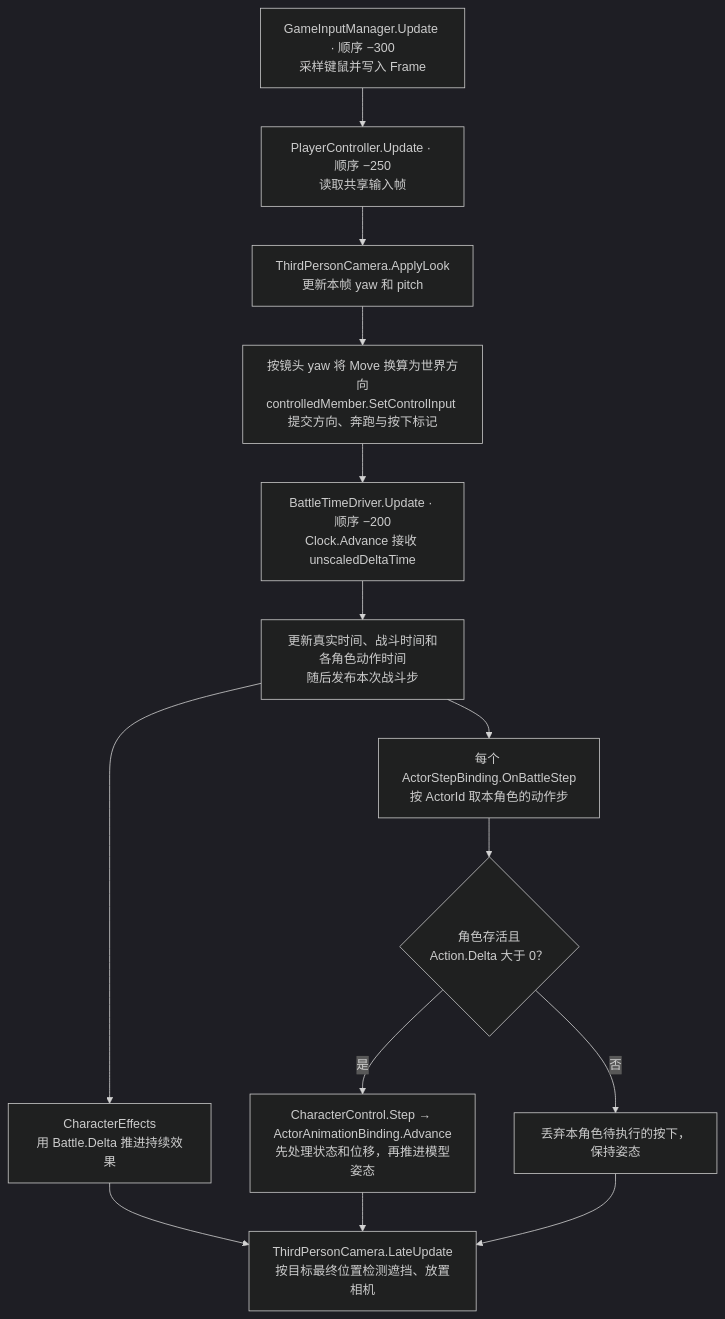
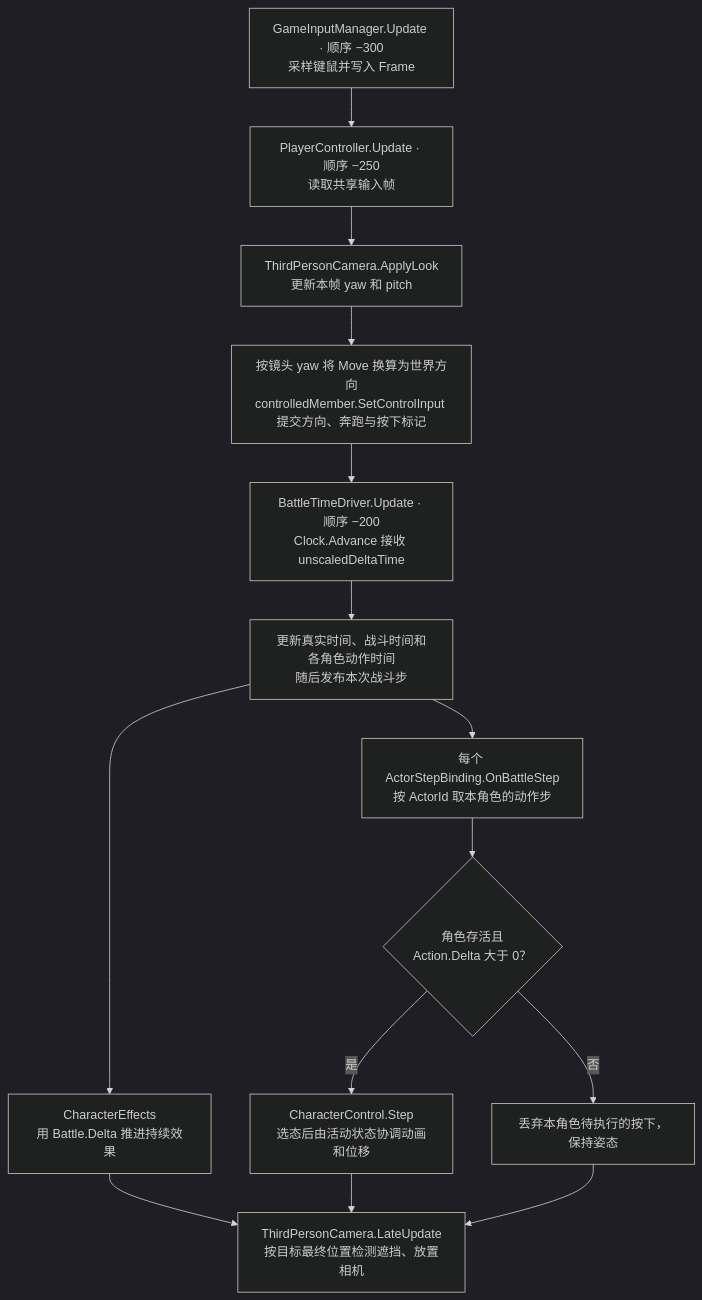
Before and after one commit to emt11/Arknights-Endfield-Demo: the second of 5 diagrams in Docs/项目运行流程图.md, drawn with Mermaid (dark theme). The commit also changed other lines of this file and 61 other files, not shown here.

````diff
--- a/Docs/项目运行流程图.md
+++ b/Docs/项目运行流程图.md
@@ -25,17 +25,17 @@
 ```mermaid
 flowchart TB
     sample["GameInputManager.Update · 顺序 −300<br/>采样键鼠并写入 Frame"]
     sample --> player["PlayerController.Update · 顺序 −250<br/>读取共享输入帧"]
     player --> look["ThirdPersonCamera.ApplyLook<br/>更新本帧 yaw 和 pitch"]
     look --> submit["按镜头 yaw 将 Move 换算为世界方向<br/>controlledMember.SetControlInput 提交方向、奔跑与按下标记"]
     submit --> advance["BattleTimeDriver.Update · 顺序 −200<br/>Clock.Advance 接收 unscaledDeltaTime"]
     advance --> clocks["更新真实时间、战斗时间和各角色动作时间<br/>随后发布本次战斗步"]
     clocks --> effects["CharacterEffects<br/>用 Battle.Delta 推进持续效果"]
     clocks --> step["每个 ActorStepBinding.OnBattleStep<br/>按 ActorId 取本角色的动作步"]
     step --> gate{"角色存活且<br/>Action.Delta 大于 0？"}
-    gate -->|是| act["CharacterControl.Step → ActorAnimationBinding.Advance<br/>先处理状态和位移，再推进模型姿态"]
+    gate -->|是| act["CharacterControl.Step<br/>选态后由活动状态协调动画和位移"]
     gate -->|否| skip["丢弃本角色待执行的按下，保持姿态"]
     effects --> late["ThirdPersonCamera.LateUpdate<br/>按目标最终位置检测遮挡、放置相机"]
     act --> late
     skip --> late
 ```
````
